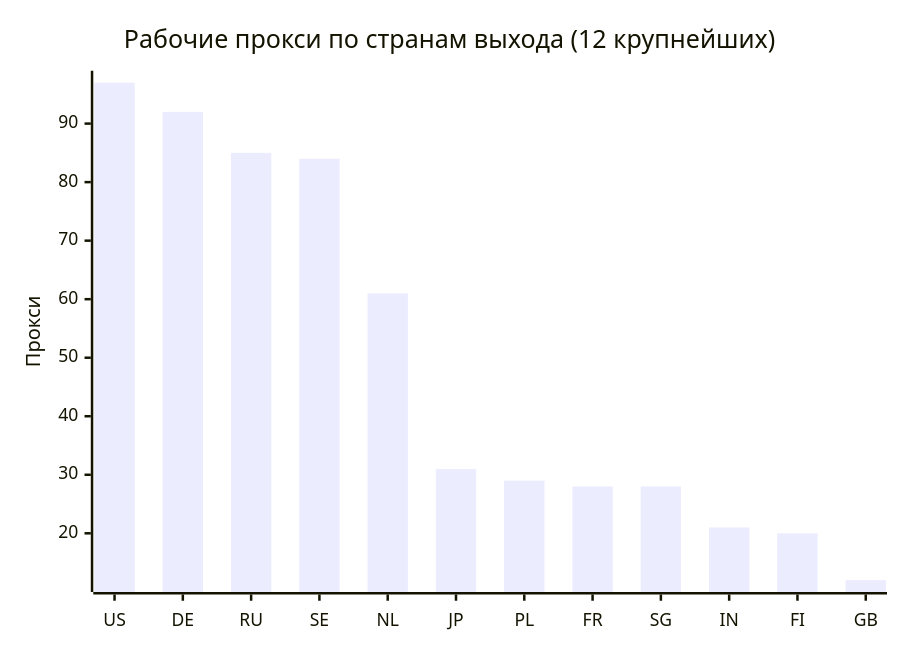
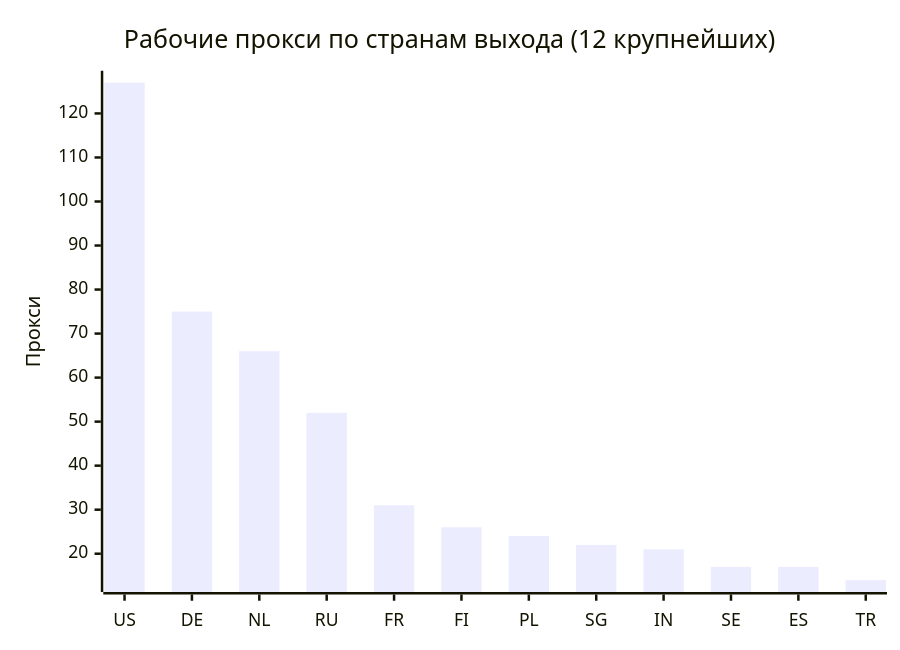
One commit to rvvg/proxy-subs changed the second of 4 diagrams in README.md. Above: the diagram before and after it, drawn with Mermaid. The commit also changed other lines of this file and 52 other files, not shown here.

````diff
--- a/README.md
+++ b/README.md
@@ -129,7 +133,7 @@
 ```mermaid
 xychart-beta
     title "Рабочие прокси по странам выхода (12 крупнейших)"
-    x-axis ["US", "DE", "RU", "SE", "NL", "JP", "PL", "FR", "SG", "IN", "FI", "GB"]
+    x-axis ["US", "DE", "NL", "RU", "FR", "FI", "PL", "SG", "IN", "SE", "ES", "TR"]
     y-axis "Прокси"
-    bar [97, 92, 85, 84, 61, 31, 29, 28, 28, 21, 20, 12]
+    bar [127, 75, 66, 52, 31, 26, 24, 22, 21, 17, 17, 14]
 ```
````
